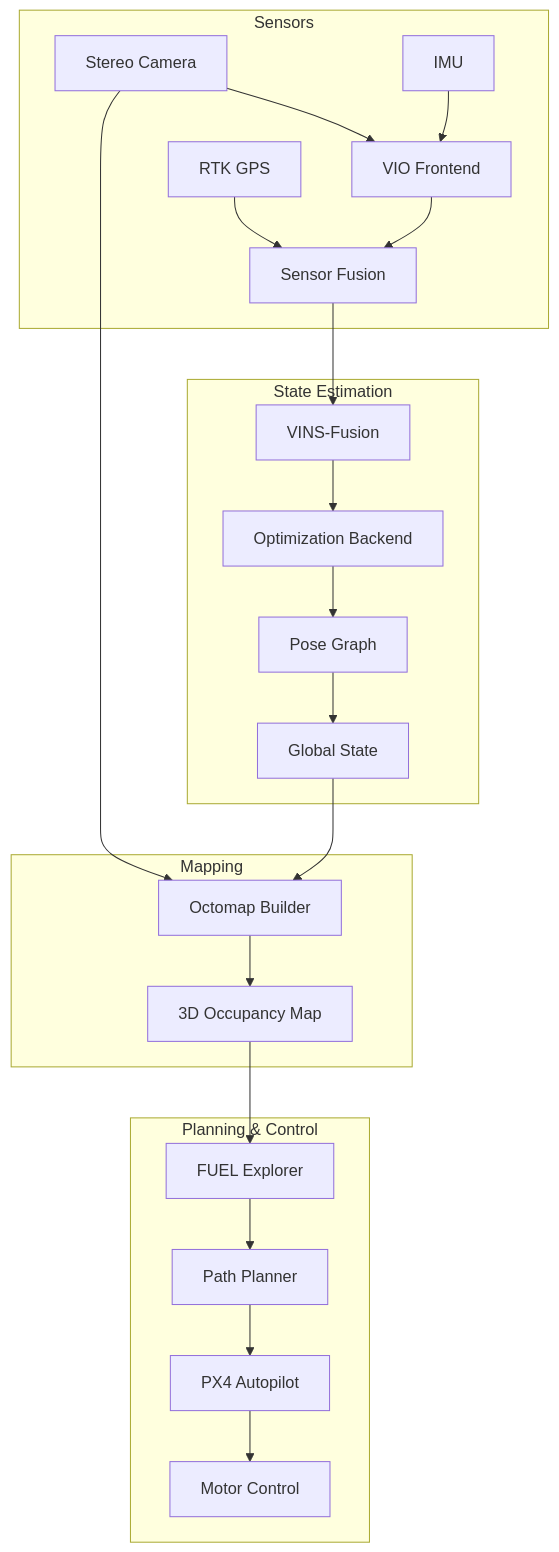
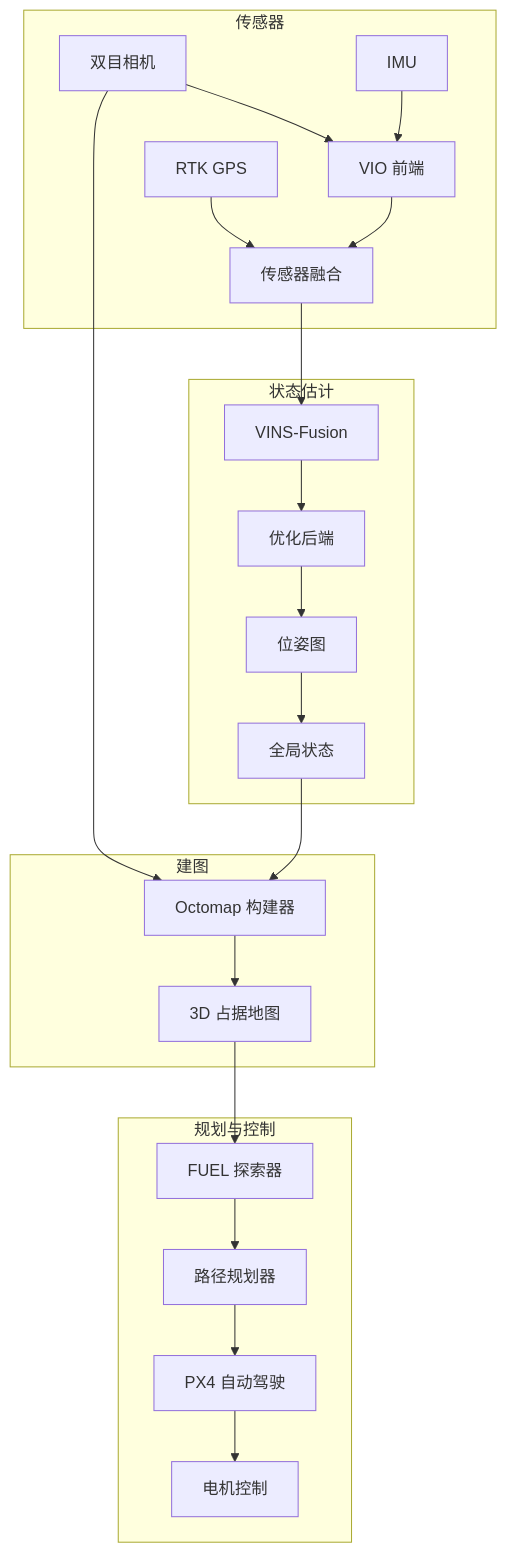
The diagram in docs/projects/slam-system.md (Ylin97/team_portfolio), drawn with Mermaid before and after one commit. The commit also changed other lines of this file and 9 other files, not shown here.

````diff
--- a/docs/projects/slam-system.md
+++ b/docs/projects/slam-system.md
@@ -30,29 +30,29 @@
 ```mermaid
 graph TB
-    subgraph Sensors
-        A[Stereo Camera] --> D[VIO Frontend]
+    subgraph 传感器
+        A[双目相机] --> D[VIO 前端]
         B[IMU] --> D
-        C[RTK GPS] --> E[Sensor Fusion]
+        C[RTK GPS] --> E[传感器融合]
         D --> E
     end
     
-    subgraph State Estimation
+    subgraph 状态估计
         E --> F[VINS-Fusion]
-        F --> G[Optimization Backend]
-        G --> H[Pose Graph]
-        H --> I[Global State]
+        F --> G[优化后端]
+        G --> H[位姿图]
+        H --> I[全局状态]
     end
     
-    subgraph Mapping
-        A --> J[Octomap Builder]
+    subgraph 建图
+        A --> J[Octomap 构建器]
         I --> J
-        J --> K[3D Occupancy Map]
+        J --> K[3D 占据地图]
     end
     
-    subgraph Planning & Control
-        K --> L[FUEL Explorer]
-        L --> M[Path Planner]
-        M --> N[PX4 Autopilot]
-        N --> O[Motor Control]
+    subgraph 规划与控制
+        K --> L[FUEL 探索器]
+        L --> M[路径规划器]
+        M --> N[PX4 自动驾驶]
+        N --> O[电机控制]
     end
 ```
````
